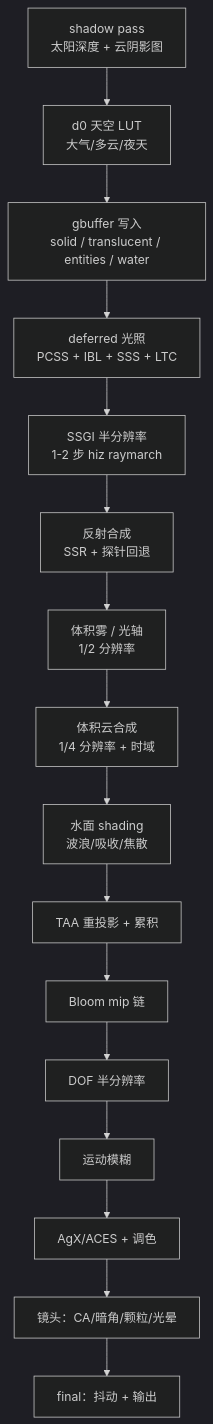
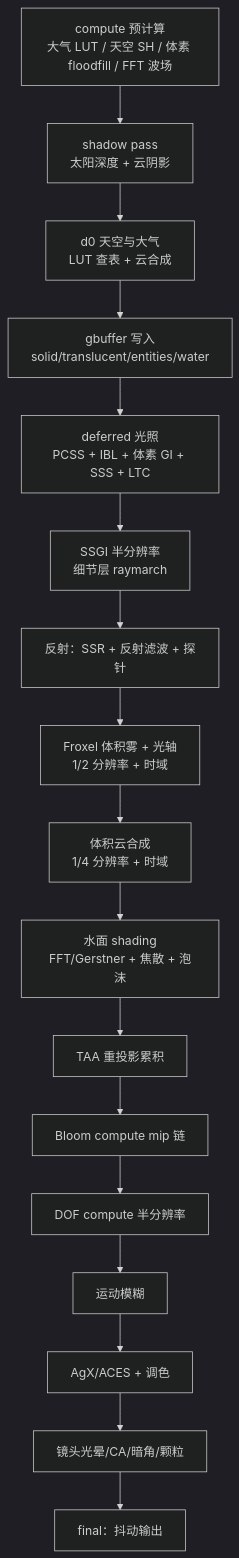
Before and after one commit to sinxy-sai/Zephyr-Shader: the second of 4 diagrams in docs/zephyr-architecture.md, drawn with Mermaid (dark theme). The commit also changed other lines of this file, not shown here.

First line of the commit message:
docs: re-survey all extracted shaderpacks and update Zephyr architecture (v2)

````diff
--- a/docs/zephyr-architecture.md
+++ b/docs/zephyr-architecture.md
@@ -113,18 +137,19 @@
 ```mermaid
 flowchart TD
-    S0[shadow pass<br/>太阳深度 + 云阴影图] --> D0[d0 天空 LUT<br/>大气/多云/夜天]
-    D0 --> GB[gbuffer 写入<br/>solid / translucent / entities / water]
-    GB --> DF[deferred 光照<br/>PCSS + IBL + SSS + LTC]
-    DF --> SSGI[SSGI 半分辨率<br/>1-2 步 hiz raymarch]
-    SSGI --> RE[反射合成<br/>SSR + 探针回退]
-    RE --> VOL[体积雾 / 光轴<br/>1/2 分辨率]
-    VOL --> CL[体积云合成<br/>1/4 分辨率 + 时域]
-    CL --> WAT[水面 shading<br/>波浪/吸收/焦散]
-    WAT --> TAA[TAA 重投影 + 累积]
-    TAA --> BL[Bloom mip 链]
-    BL --> DOF[DOF 半分辨率]
+    P0[compute 预计算<br/>大气 LUT / 天空 SH / 体素 floodfill / FFT 波场] --> S0[shadow pass<br/>太阳深度 + 云阴影]
+    S0 --> D0[d0 天空与大气<br/>LUT 查表 + 云合成]
+    D0 --> GB[gbuffer 写入<br/>solid/translucent/entities/water]
+    GB --> DF[deferred 光照<br/>PCSS + IBL + 体素 GI + SSS + LTC]
+    DF --> SS[SSGI 半分辨率<br/>细节层 raymarch]
+    SS --> RE[反射：SSR + 反射滤波 + 探针]
+    RE --> FR[Froxel 体积雾 + 光轴<br/>1/2 分辨率 + 时域]
+    FR --> CL[体积云合成<br/>1/4 分辨率 + 时域]
+    CL --> WT[水面 shading<br/>FFT/Gerstner + 焦散 + 泡沫]
+    WT --> TAA[TAA 重投影累积]
+    TAA --> BL[Bloom compute mip 链]
+    BL --> DOF[DOF compute 半分辨率]
     DOF --> MB[运动模糊]
     MB --> TM[AgX/ACES + 调色]
-    TM --> LENS[镜头：CA/暗角/颗粒/光晕]
-    LENS --> OUT[final：抖动 + 输出]
+    TM --> LENS[镜头光晕/CA/暗角/颗粒]
+    LENS --> OUT[final：抖动输出]
 ```
````
